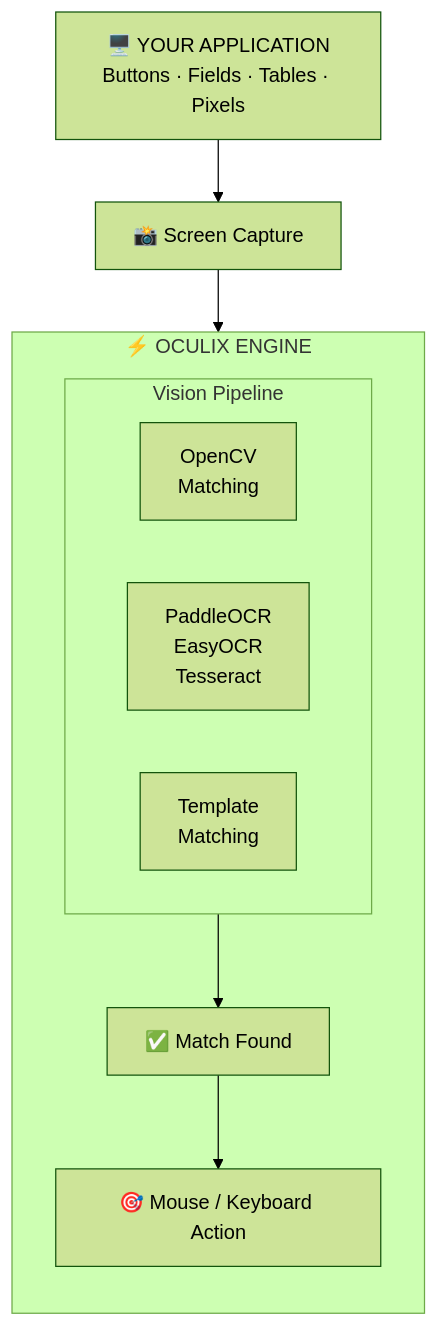
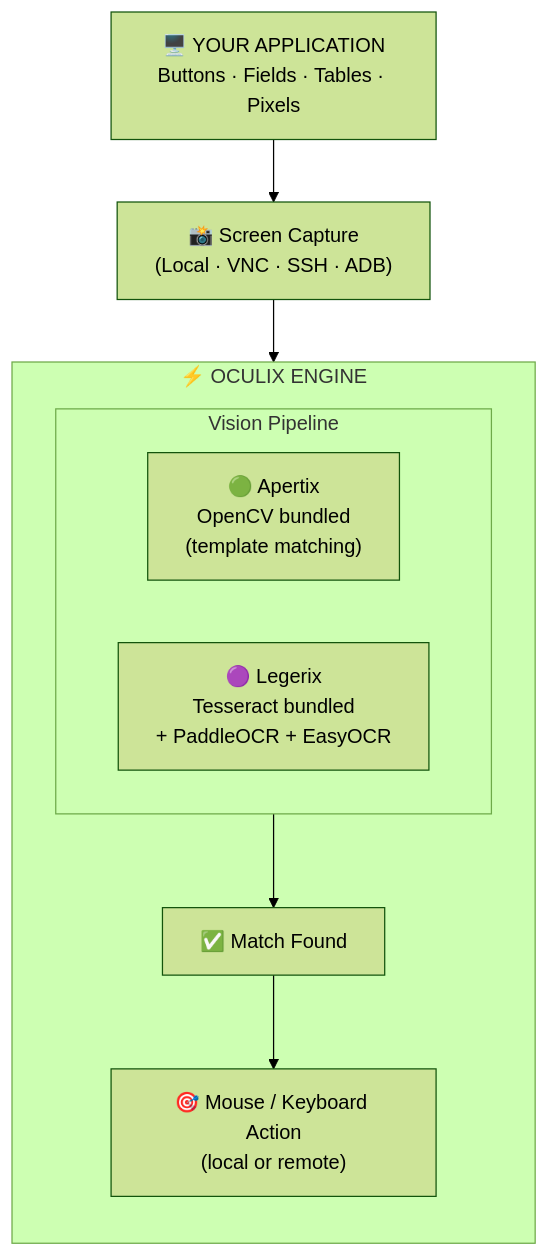
One commit to oculix-org/.github changed the diagram in profile/README.md. Above: the diagram before and after it, drawn with Mermaid (forest theme). The commit also changed other lines of this file, not shown here.

````diff
--- a/profile/README.md
+++ b/profile/README.md
@@ -88,25 +126,24 @@
 ```mermaid
 flowchart TD
-    APP["🖥️ YOUR APPLICATION\nButtons · Fields · Tables · Pixels"]
-    CAPTURE["📸 Screen Capture"]
-    
+    APP["🖥️ YOUR APPLICATION<br/>Buttons · Fields · Tables · Pixels"]
+    CAPTURE["📸 Screen Capture<br/>(Local · VNC · SSH · ADB)"]
+
     APP --> CAPTURE
-    
+
     subgraph ENGINE["⚡ OCULIX ENGINE"]
         direction TB
-        
+
         subgraph VISION["Vision Pipeline"]
             direction LR
-            CV["OpenCV\nMatching"]
-            OCR["PaddleOCR\nEasyOCR\nTesseract"]
-            TPL["Template\nMatching"]
+            CV["🟢 Apertix<br/>OpenCV bundled<br/>(template matching)"]
+            OCR["🟣 Legerix<br/>Tesseract bundled<br/>+ PaddleOCR + EasyOCR"]
         end
-        
+
         MATCH["✅ Match Found"]
-        ACTION["🎯 Mouse / Keyboard Action"]
-        
+        ACTION["🎯 Mouse / Keyboard Action<br/>(local or remote)"]
+
         VISION --> MATCH --> ACTION
     end
-    
+
     CAPTURE --> ENGINE
 ```
````
